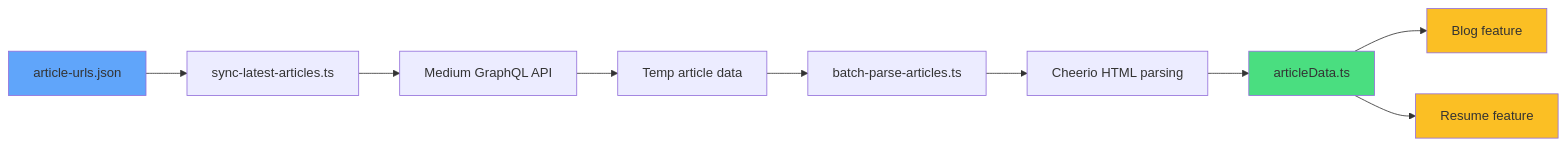
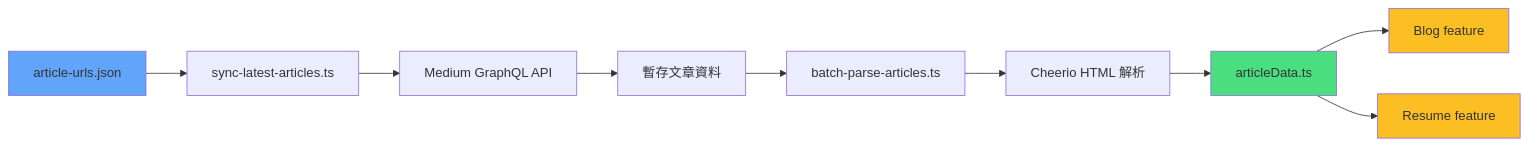
The third of 11 diagrams in docs/reference/architecture.md (u88803494/my-website), drawn with Mermaid before and after one commit. The commit also changed other lines of this file and 6 other files, not shown here.

````diff
--- a/docs/reference/architecture.md
+++ b/docs/reference/architecture.md
@@ -934,16 +933,16 @@
 ```mermaid
 graph LR
     A[article-urls.json] --> B[sync-latest-articles.ts]
     B --> C[Medium GraphQL API]
-    C --> D[Temp article data]
+    C --> D[暫存文章資料]
     D --> E[batch-parse-articles.ts]
-    E --> F[Cheerio HTML parsing]
+    E --> F[Cheerio HTML 解析]
     F --> G[articleData.ts]
     G --> H[Blog feature]
     G --> I[Resume feature]
 
     style A fill:#60a5fa
     style G fill:#4ade80
     style H fill:#fbbf24
     style I fill:#fbbf24
 ```
````
